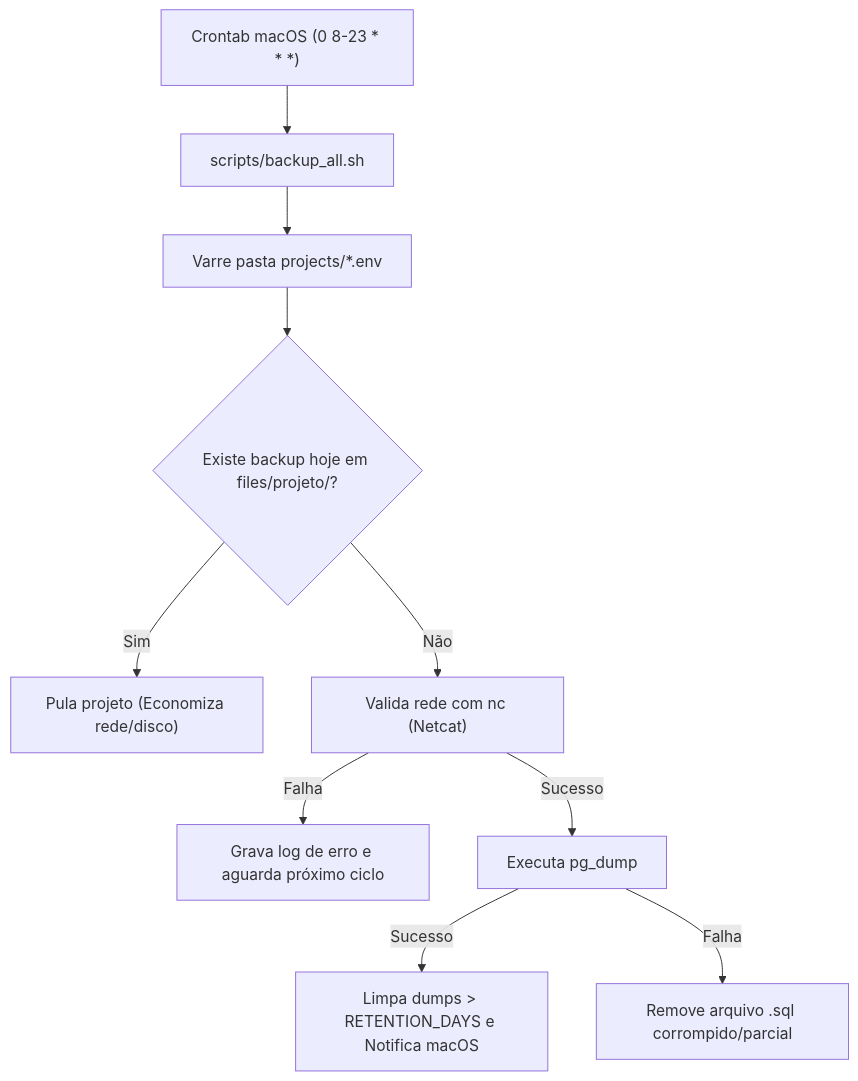
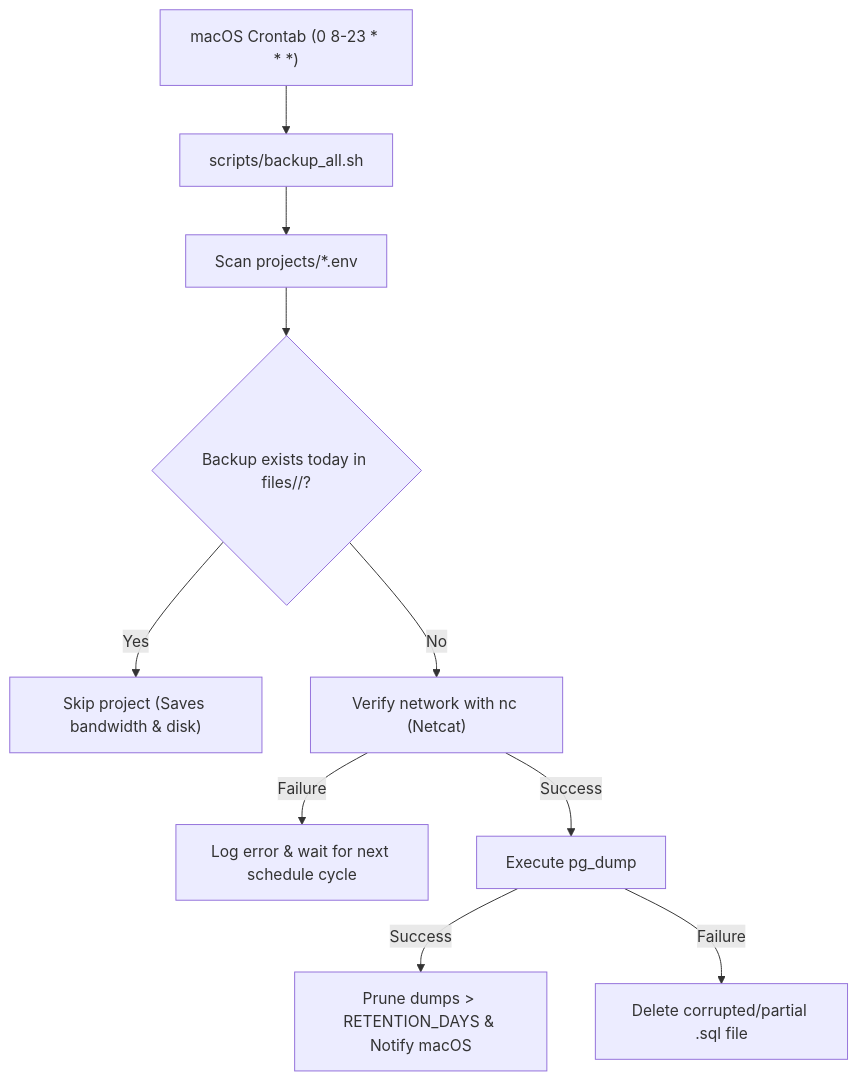
Before and after one commit to lfrichter/supabase-backup: the diagram in README.md, drawn with Mermaid. The commit also changed other lines of this file, not shown here.

````diff
--- a/README.md
+++ b/README.md
@@ -27,12 +27,12 @@
 ```mermaid
 flowchart TD
-    A["Crontab macOS (0 8-23 * * *)"] --> B["scripts/backup_all.sh"]
-    B --> C["Varre pasta projects/*.env"]
-    C --> D{"Existe backup hoje em files/projeto/?"}
-    D -- Sim --> E["Pula projeto (Economiza rede/disco)"]
-    D -- Não --> F["Valida rede com nc (Netcat)"]
-    F -- Falha --> G["Grava log de erro e aguarda próximo ciclo"]
-    F -- Sucesso --> H["Executa pg_dump"]
-    H -- Sucesso --> I["Limpa dumps > RETENTION_DAYS e Notifica macOS"]
-    H -- Falha --> J["Remove arquivo .sql corrompido/parcial"]
+    A["macOS Crontab (0 8-23 * * *)"] --> B["scripts/backup_all.sh"]
+    B --> C["Scan projects/*.env"]
+    C --> D{"Backup exists today in files/<project>/?"}
+    D -- Yes --> E["Skip project (Saves bandwidth & disk)"]
+    D -- No --> F["Verify network with nc (Netcat)"]
+    F -- Failure --> G["Log error & wait for next schedule cycle"]
+    F -- Success --> H["Execute pg_dump"]
+    H -- Success --> I["Prune dumps > RETENTION_DAYS & Notify macOS"]
+    H -- Failure --> J["Delete corrupted/partial .sql file"]
 ```
````
